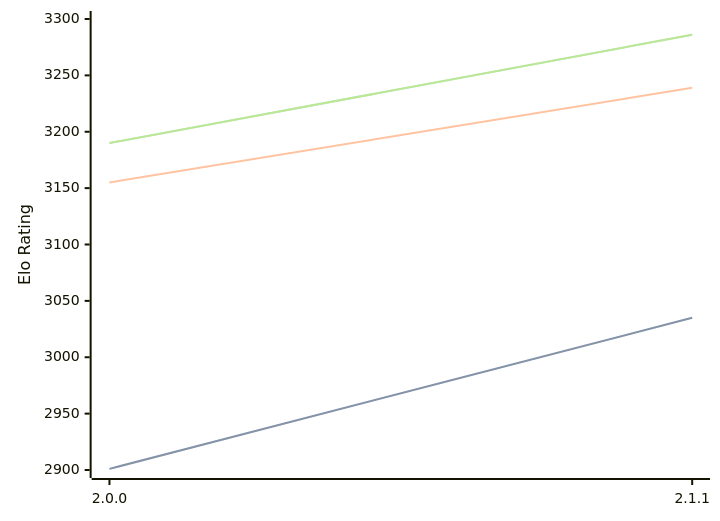
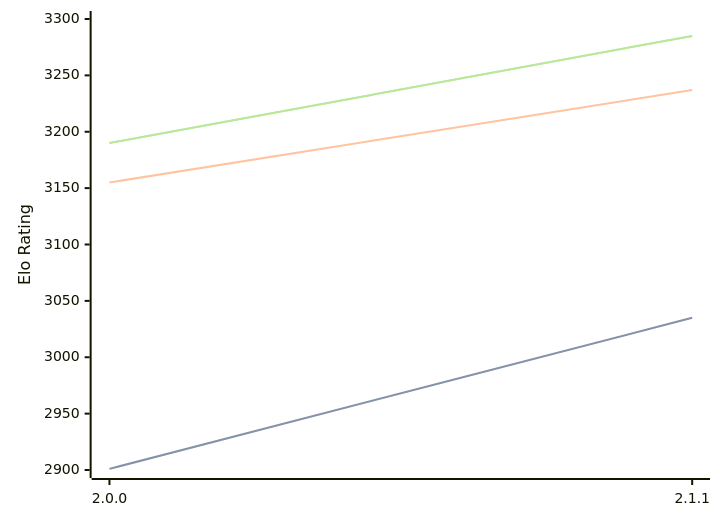
One commit to computer-chess-index/cci changed the diagram in engines/Bread.md. Above: the diagram before and after it, drawn with Mermaid. The commit also changed other lines of this file, not shown here.

Commit message:
Update CCI Ratings (ELO VLTC) - 2026-02-14

````diff
--- a/engines/Bread.md
+++ b/engines/Bread.md
@@ -47,11 +47,11 @@
 ```mermaid
 %%{init: {"theme":"base","themeVariables":{"seriesColors:['#a3a3a3','#222221','#faa371']}}}%%
 xychart-beta
   x-axis ["2.0.0", "2.1.1"]
   y-axis "Elo Rating" 2900 --> 3300
   line "STC (8.0+0.08s)" [2901, 3035]
   line "STC (8.0+0.08s)" [2901, 3035]
-  line "LTC (60.0+0.60s)" [3155, 3239]
-  line "VLTC (2m24s+1.12s)" [3190, 3286]
-  line "VLTC (2m24s+1.12s)" [3190, 3286]
+  line "LTC (60.0+0.60s)" [3155, 3237]
+  line "VLTC (2m24s+1.12s)" [3190, 3285]
+  line "VLTC (2m24s+1.12s)" [3190, 3285]
 ```
````
